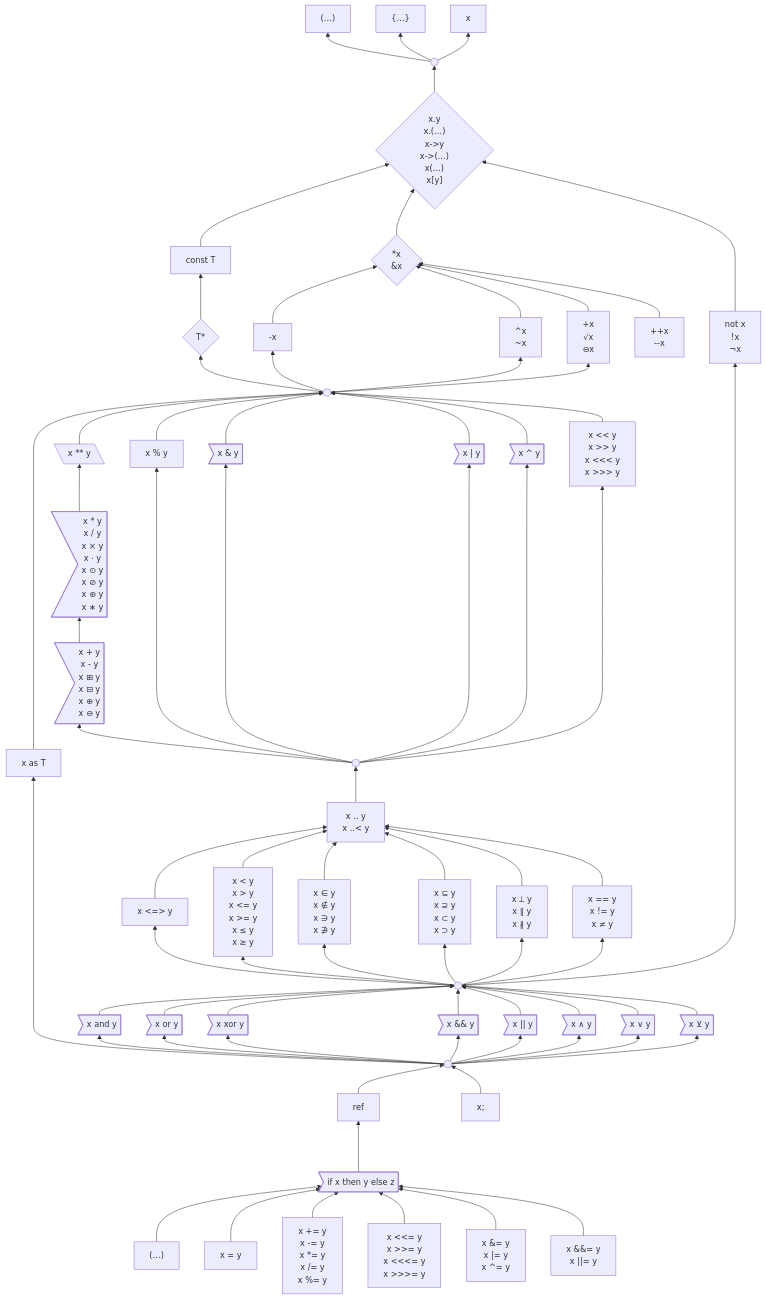
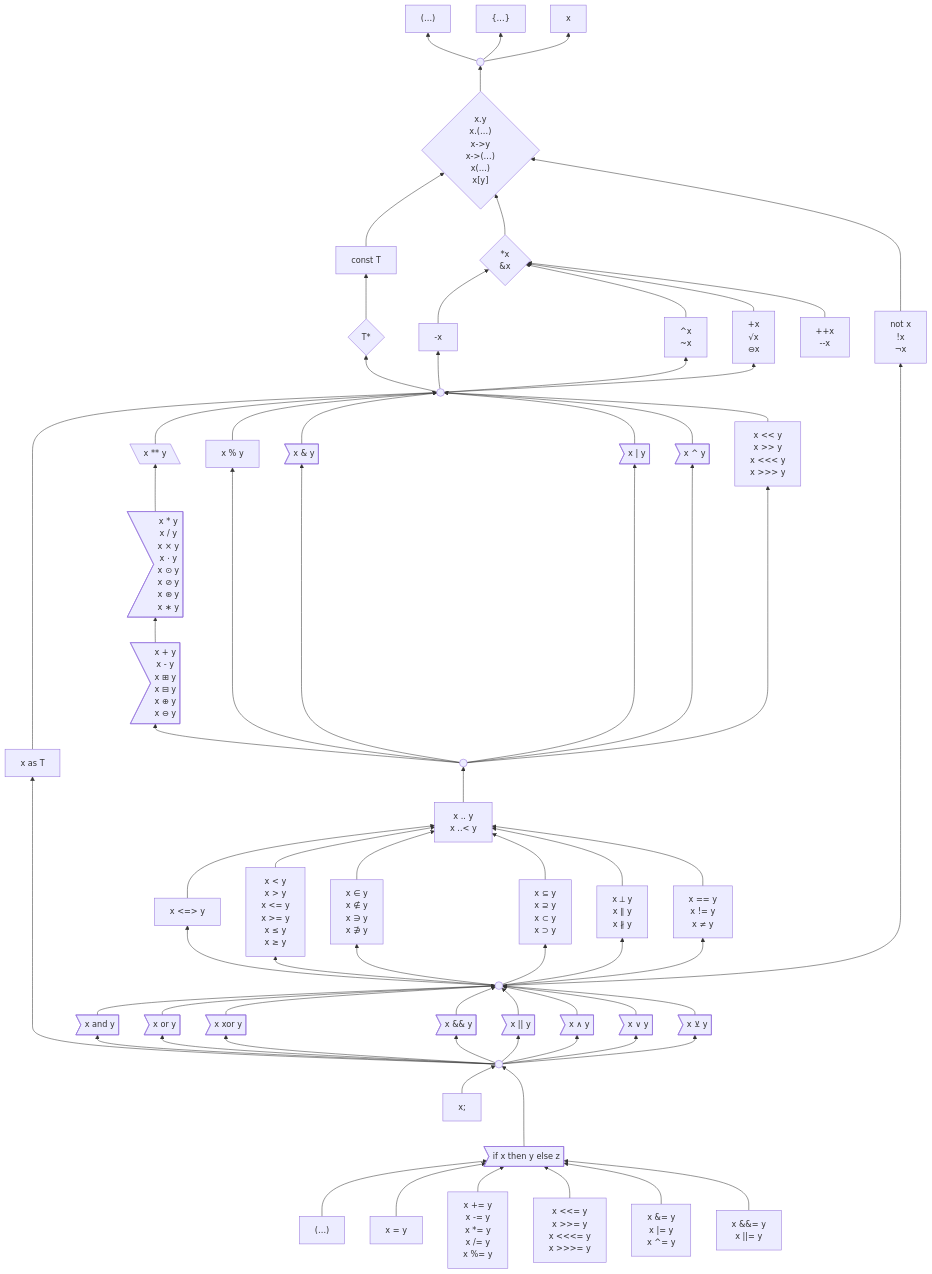
The first of 2 diagrams in 6 .../2 Unfinished Ideas.md (laro/Cilia), drawn with Mermaid before and after one commit.

Commit message:
Update 2 Unfinished Ideas.md

````diff
--- a/6 .../2 Unfinished Ideas.md
+++ b/6 .../2 Unfinished Ideas.md
@@ -343,7 +343,7 @@
 
     and & or & xor & andAmp & orAmp & andSym & orSym & xorSym --> logicalOperand
     logicalExpression --> as & and & andAmp & andSym & xor & xorSym & or & orAmp & orSym
-    ref & expressionStatement --> logicalExpression
-    if ---> ref
+    expressionStatement --> logicalExpression
+    if ---> logicalExpression
     insideParens & assignPlain & assignArithmetic & assignShift & assignBitwise & assignLogical --> if
 ```
````
